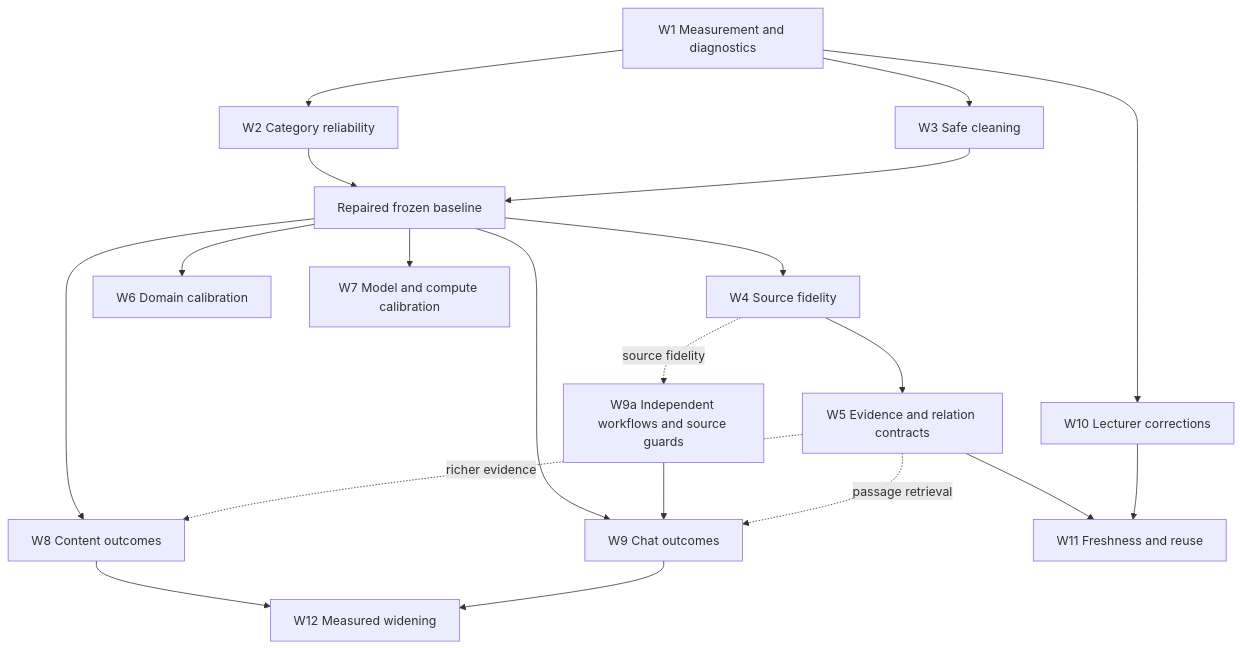
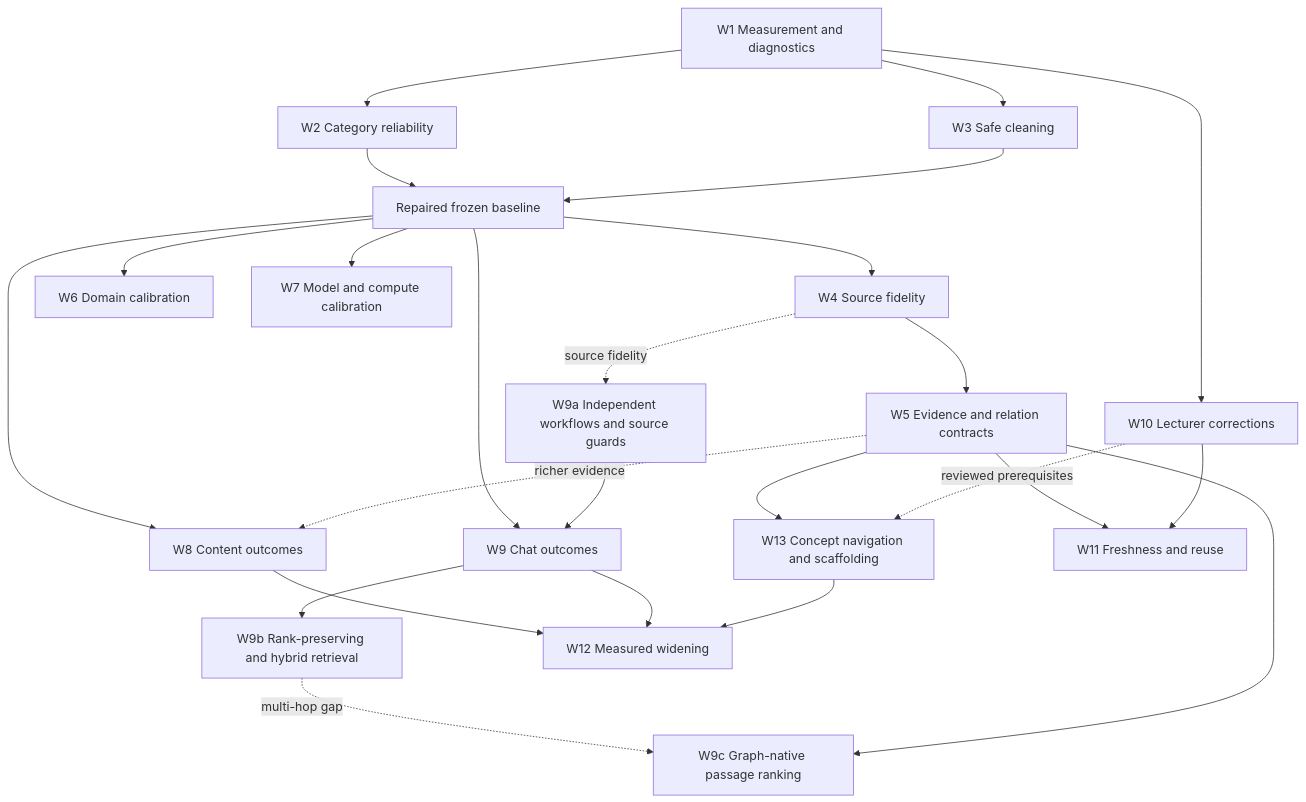
The diagram in project/2026-09-12-kg-quality-roadmap.md (uzh-bf/klicker-uzh), drawn with Mermaid before and after one commit. The commit also changed other lines of this file, not shown here.

Commit message:
docs(project): record the October 19 GraphRAG checkpoint and plan W9b (#6611)

````diff
--- a/project/2026-09-12-kg-quality-roadmap.md
+++ b/project/2026-09-12-kg-quality-roadmap.md
@@ -416,22 +523,27 @@
 ```mermaid
 flowchart TD
   W1[W1 Measurement and diagnostics] --> W2[W2 Category reliability]
   W1 --> W3[W3 Safe cleaning]
   W2 --> R[Repaired frozen baseline]
   W3 --> R
   R --> W4[W4 Source fidelity]
   W4 --> W5[W5 Evidence and relation contracts]
   R --> W6[W6 Domain calibration]
   R --> W7[W7 Model and compute calibration]
   R --> W8[W8 Content outcomes]
   R --> W9[W9 Chat outcomes]
   W4 -. source fidelity .-> W9a[W9a Independent workflows and source guards]
   W9a --> W9
+  W9 --> W9b[W9b Rank-preserving and hybrid retrieval]
+  W9b -. multi-hop gap .-> W9c[W9c Graph-native passage ranking]
+  W5 --> W9c
+  W5 --> W13[W13 Concept navigation and scaffolding]
+  W10 -. reviewed prerequisites .-> W13
   W5 -. richer evidence .-> W8
-  W5 -. passage retrieval .-> W9
   W1 --> W10[W10 Lecturer corrections]
   W5 --> W11[W11 Freshness and reuse]
   W10 --> W11
   W8 --> W12[W12 Measured widening]
   W9 --> W12
+  W13 --> W12
 ```
````
